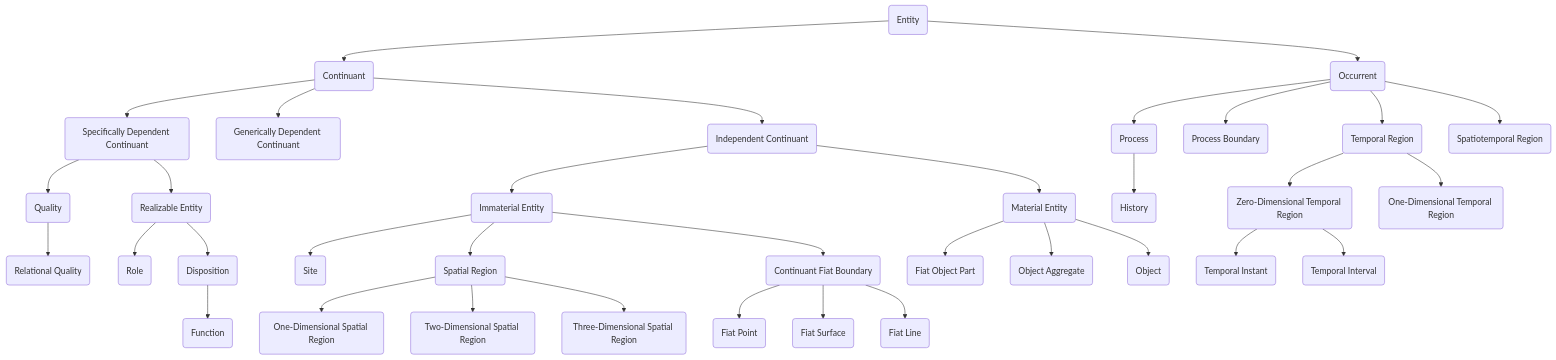
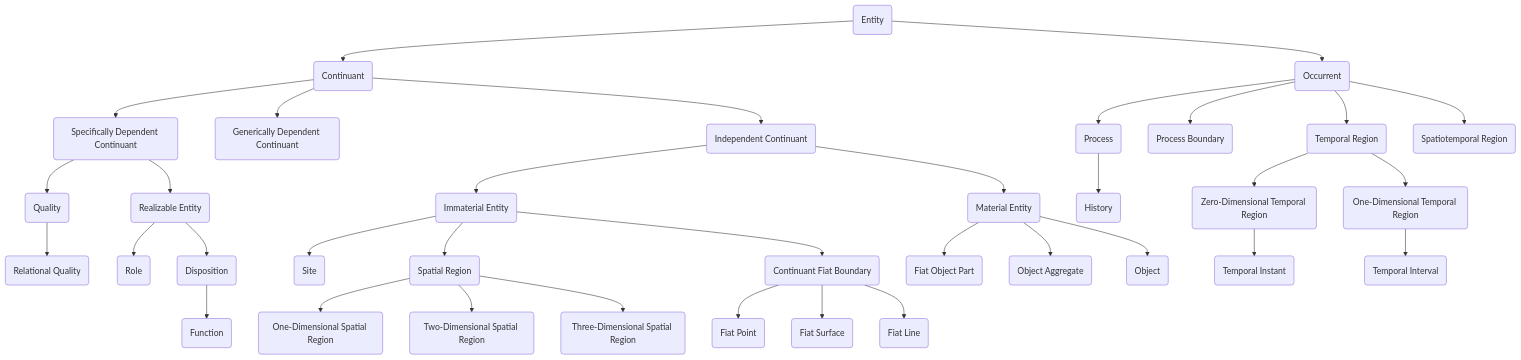
One commit to Time-Profile-Project/BFO.github.io changed the diagram in README.md. Above: the diagram before and after it, drawn with Mermaid. The commit also changed other lines of this file, not shown here.

````diff
--- a/README.md
+++ b/README.md
@@ -3,37 +3,37 @@
 ```mermaid
 graph TD
     A(Entity) --> B(Continuant)
     A(Entity) --> C(Occurrent)
     B(Continuant) --> D(Specifically Dependent Continuant)
     B(Continuant) --> E(Generically Dependent Continuant)
     B(Continuant) --> F(Independent Continuant)
     F(Independent Continuant) --> G(Material Entity)
     F(Independent Continuant) --> H(Immaterial Entity)
     D(Specifically Dependent Continuant) --> I(Quality)
     D(Specifically Dependent Continuant) --> J(Realizable Entity)
     I(Quality) --> K(Relational Quality)
     J(Realizable Entity) --> L(Role)
     J(Realizable Entity) --> M(Disposition)
     M(Disposition) --> N(Function)
     H(Immaterial Entity) --> O(Site)
     H(Immaterial Entity) --> P(Spatial Region)
     H(Immaterial Entity) --> Q(Continuant Fiat Boundary)
     Q(Continuant Fiat Boundary) --> R(Fiat Point)
     Q(Continuant Fiat Boundary) --> S(Fiat Surface)
     Q(Continuant Fiat Boundary) --> T(Fiat Line)
     P(Spatial Region) --> U(One-Dimensional Spatial Region)
     P(Spatial Region) --> V(Two-Dimensional Spatial Region)
     P(Spatial Region) --> W(Three-Dimensional Spatial Region)
     G(Material Entity) --> X(Fiat Object Part)
     G(Material Entity) --> Y(Object Aggregate)
     G(Material Entity) --> Z(Object)
     C(Occurrent) --> AA(Process)
     C(Occurrent) --> AB(Process Boundary)
     C(Occurrent) --> AC(Temporal Region)
     C(Occurrent) --> AD(Spatiotemporal Region)
     AA(Process) --> AE(History)
     AC(Temporal Region) --> AF(Zero-Dimensional Temporal Region)
     AC(Temporal Region) --> AI(One-Dimensional Temporal Region)
     AF(Zero-Dimensional Temporal Region) --> AG(Temporal Instant)
-    AF(Zero-Dimensional Temporal Region) --> AH(Temporal Interval)
+    AI(One-Dimensional Temporal Region) --> AH(Temporal Interval)
    ```
````
